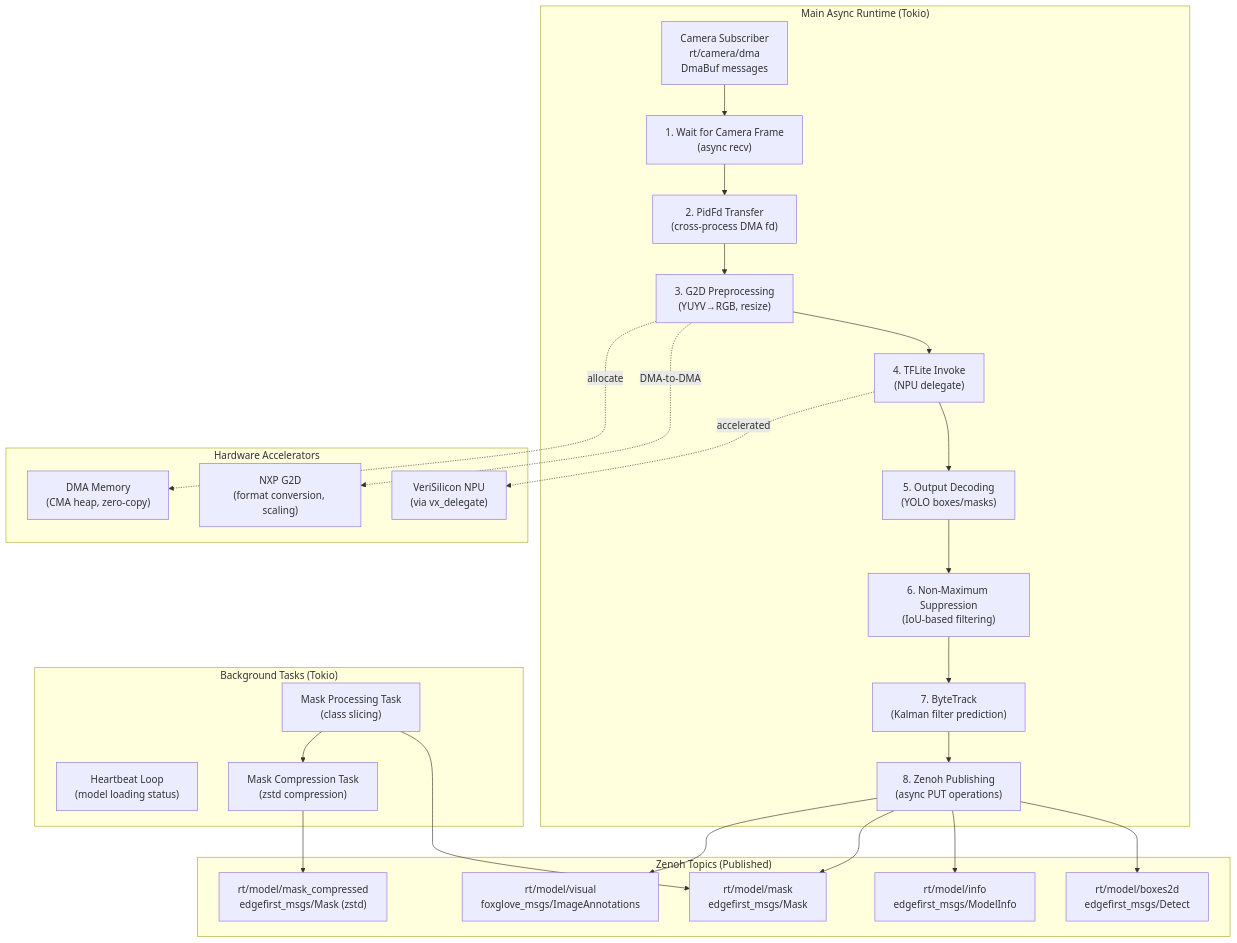
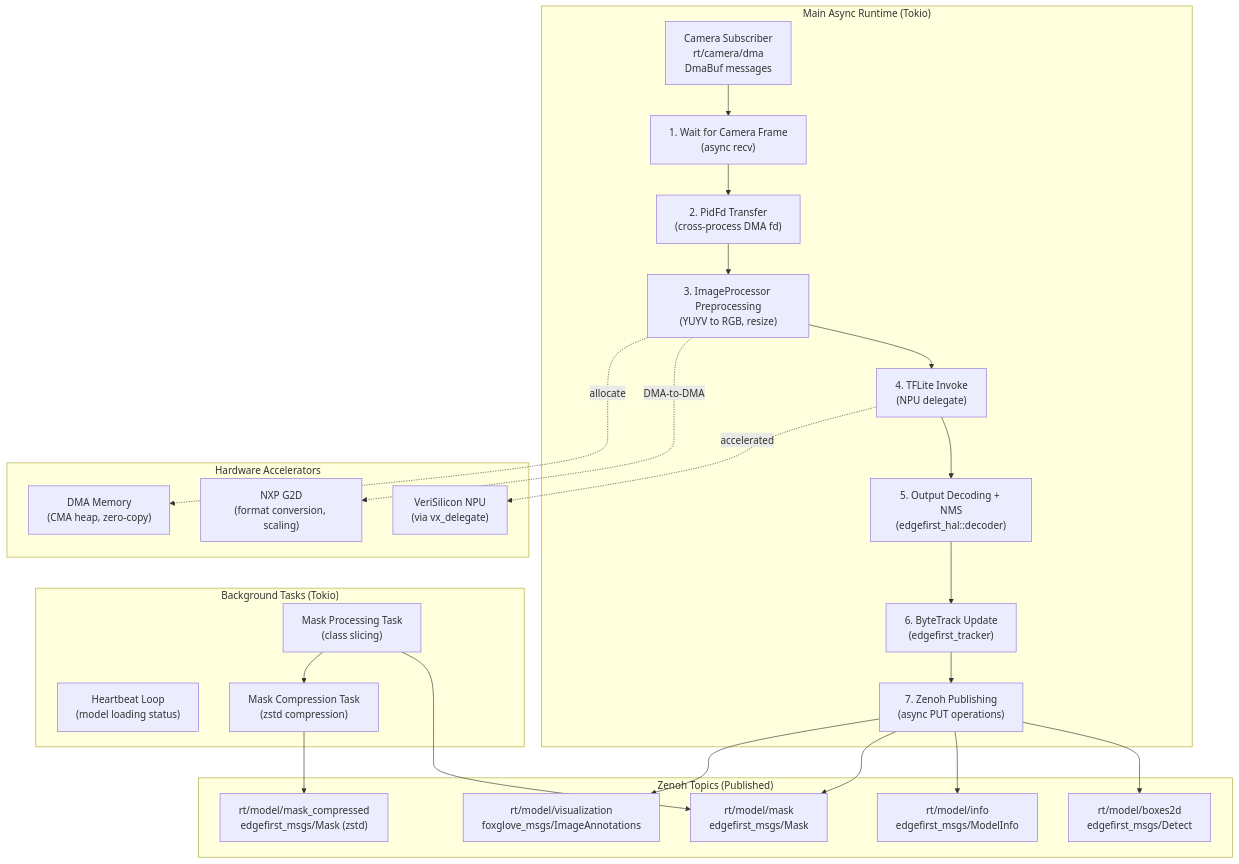
Before and after one commit to EdgeFirstAI/model: the first of 5 diagrams in ARCHITECTURE.md, drawn with Mermaid. The commit also changed other lines of this file and 16 other files, not shown here.

````diff
--- a/ARCHITECTURE.md
+++ b/ARCHITECTURE.md
@@ -29,56 +29,54 @@
 ```mermaid
 graph TB
     subgraph "Main Async Runtime (Tokio)"
         CamSub["Camera Subscriber<br/>rt/camera/dma<br/>DmaBuf messages"]
         WaitFrame["1. Wait for Camera Frame<br/>(async recv)"]
         PidFd["2. PidFd Transfer<br/>(cross-process DMA fd)"]
-        G2DPrep["3. G2D Preprocessing<br/>(YUYV→RGB, resize)"]
+        G2DPrep["3. ImageProcessor Preprocessing<br/>(YUYV to RGB, resize)"]
         Inference["4. TFLite Invoke<br/>(NPU delegate)"]
-        Decode["5. Output Decoding<br/>(YOLO boxes/masks)"]
-        NMS["6. Non-Maximum Suppression<br/>(IoU-based filtering)"]
-        Track["7. ByteTrack<br/>(Kalman filter prediction)"]
-        Publish["8. Zenoh Publishing<br/>(async PUT operations)"]
+        Decode["5. Output Decoding + NMS<br/>(edgefirst_hal::decoder)"]
+        Track["6. ByteTrack Update<br/>(edgefirst_tracker)"]
+        Publish["7. Zenoh Publishing<br/>(async PUT operations)"]
 
         CamSub --> WaitFrame
         WaitFrame --> PidFd
         PidFd --> G2DPrep
         G2DPrep --> Inference
         Inference --> Decode
-        Decode --> NMS
-        NMS --> Track
+        Decode --> Track
         Track --> Publish
     end
 
     subgraph "Background Tasks (Tokio)"
         Heartbeat["Heartbeat Loop<br/>(model loading status)"]
         MaskTask["Mask Processing Task<br/>(class slicing)"]
         CompressTask["Mask Compression Task<br/>(zstd compression)"]
     end
 
     subgraph "Zenoh Topics (Published)"
         DetectTop["rt/model/boxes2d<br/>edgefirst_msgs/Detect"]
         InfoTop["rt/model/info<br/>edgefirst_msgs/ModelInfo"]
         MaskTop["rt/model/mask<br/>edgefirst_msgs/Mask"]
         MaskCompTop["rt/model/mask_compressed<br/>edgefirst_msgs/Mask (zstd)"]
-        VisualTop["rt/model/visual<br/>foxglove_msgs/ImageAnnotations"]
+        VisualTop["rt/model/visualization<br/>foxglove_msgs/ImageAnnotations"]
     end
 
     subgraph "Hardware Accelerators"
         NPU["VeriSilicon NPU<br/>(via vx_delegate)"]
         G2D["NXP G2D<br/>(format conversion, scaling)"]
         DMA["DMA Memory<br/>(CMA heap, zero-copy)"]
     end
 
     Publish --> DetectTop
     Publish --> InfoTop
     Publish --> MaskTop
     Publish --> VisualTop
 
     MaskTask --> MaskTop
     MaskTask --> CompressTask
     CompressTask --> MaskCompTop
 
     G2DPrep -.->|"DMA-to-DMA"| G2D
     Inference -.->|"accelerated"| NPU
     G2DPrep -.->|"allocate"| DMA
 ```
````
